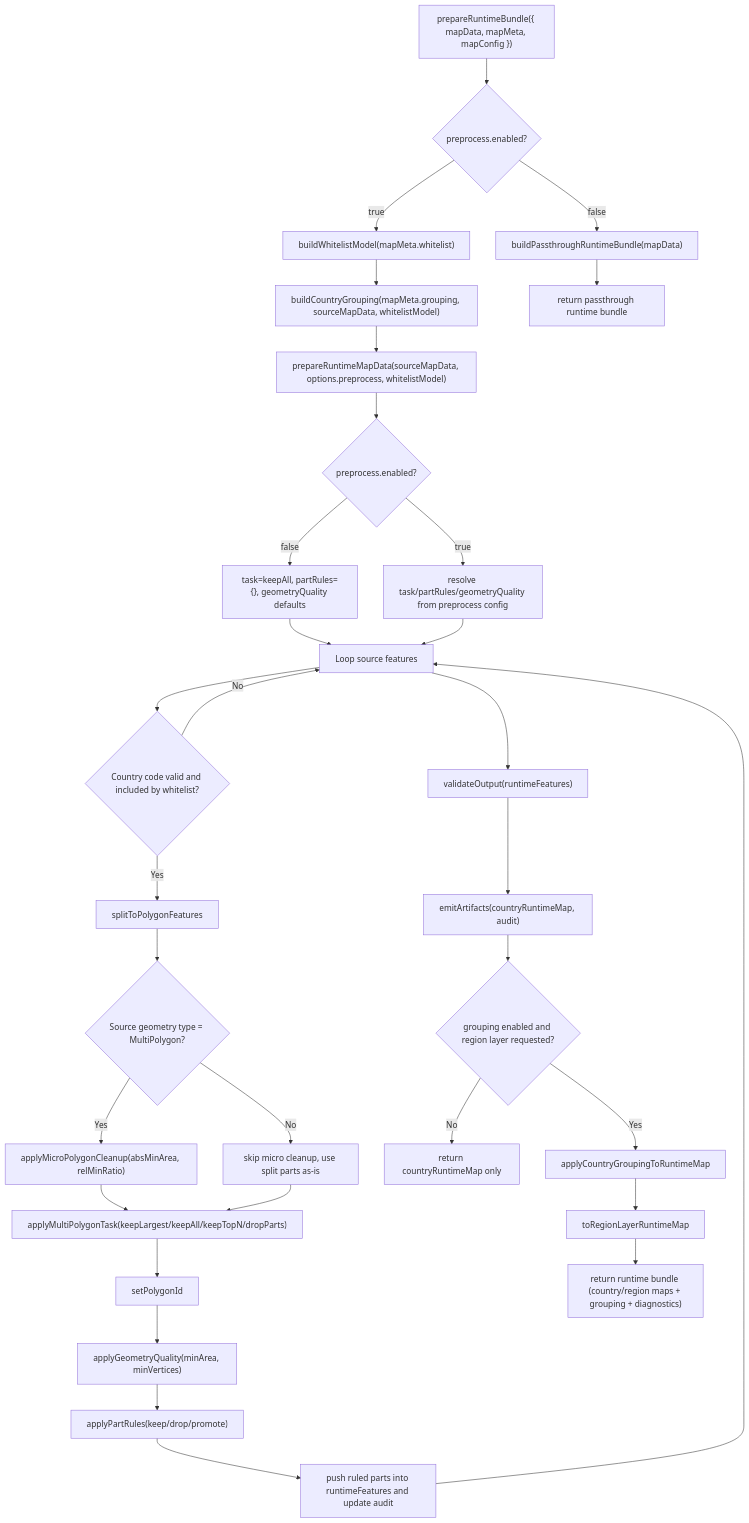
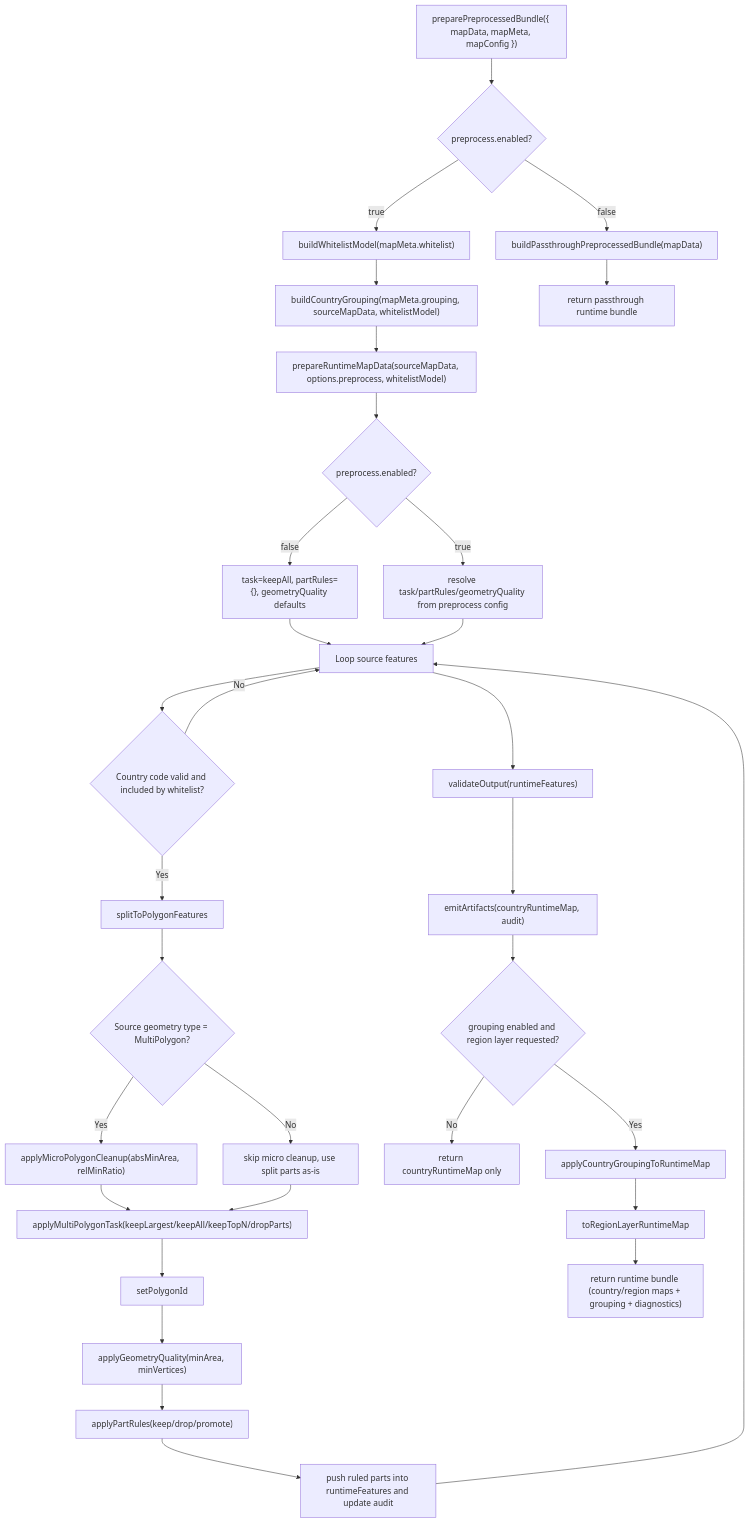
Before and after one commit to Exc3pti0n123/tdw-atlas-engine: the diagram in docs/diagrams/preprocessor-flow.md, drawn with Mermaid. The commit also changed other lines of this file and 38 other files, not shown here.

````diff
--- a/docs/diagrams/preprocessor-flow.md
+++ b/docs/diagrams/preprocessor-flow.md
@@ -6,36 +6,36 @@
 ```mermaid
 flowchart TD
-  A["prepareRuntimeBundle({ mapData, mapMeta, mapConfig })"] --> A0{"preprocess.enabled?"}
-  A0 -- "false" --> P0["buildPassthroughRuntimeBundle(mapData)"]
+  A["preparePreprocessedBundle({ mapData, mapMeta, mapConfig })"] --> A0{"preprocess.enabled?"}
+  A0 -- "false" --> P0["buildPassthroughPreprocessedBundle(mapData)"]
   A0 -- "true" --> B["buildWhitelistModel(mapMeta.whitelist)"]
   B --> C["buildCountryGrouping(mapMeta.grouping, sourceMapData, whitelistModel)"]
   C --> D["prepareRuntimeMapData(sourceMapData, options.preprocess, whitelistModel)"]
   D --> E{"preprocess.enabled?"}
   E -- "false" --> E0["task=keepAll, partRules={}, geometryQuality defaults"]
   E -- "true" --> E1["resolve task/partRules/geometryQuality from preprocess config"]
   E0 --> F["Loop source features"]
   E1 --> F
 
   F --> G{"Country code valid and included by whitelist?"}
   G -- "No" --> F
   G -- "Yes" --> H["splitToPolygonFeatures"]
   H --> I{"Source geometry type = MultiPolygon?"}
   I -- "Yes" --> J["applyMicroPolygonCleanup(absMinArea, relMinRatio)"]
   I -- "No" --> K["skip micro cleanup, use split parts as-is"]
   J --> L["applyMultiPolygonTask(keepLargest/keepAll/keepTopN/dropParts)"]
   K --> L
   L --> M["setPolygonId"]
   M --> N["applyGeometryQuality(minArea, minVertices)"]
   N --> O["applyPartRules(keep/drop/promote)"]
   O --> O1["push ruled parts into runtimeFeatures and update audit"]
   O1 --> F
 
   F --> P["validateOutput(runtimeFeatures)"]
   P --> Q["emitArtifacts(countryRuntimeMap, audit)"]
   Q --> R{"grouping enabled and region layer requested?"}
   R -- "No" --> S["return countryRuntimeMap only"]
   R -- "Yes" --> T["applyCountryGroupingToRuntimeMap"]
   T --> U["toRegionLayerRuntimeMap"]
   U --> V["return runtime bundle (country/region maps + grouping + diagnostics)"]
   P0 --> V0["return passthrough runtime bundle"]
 ```
````
